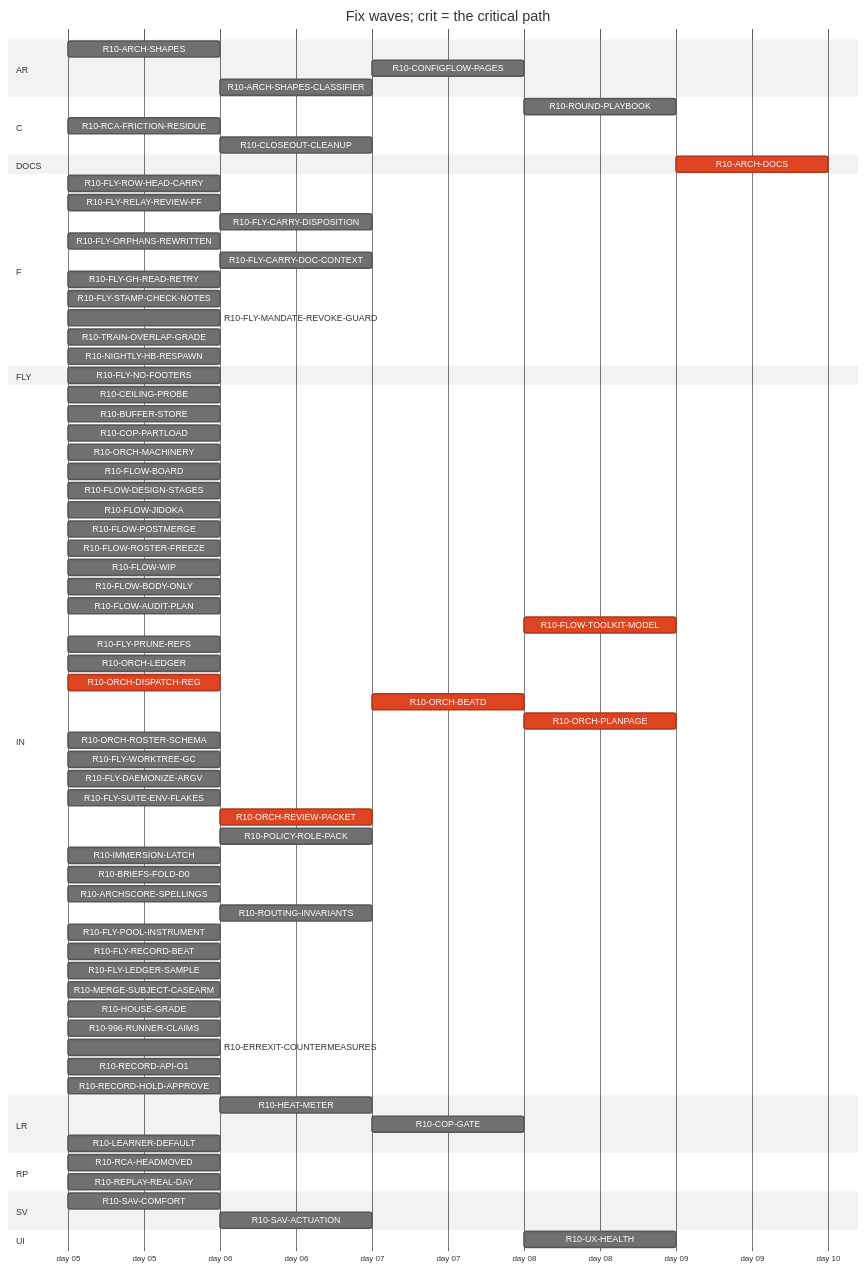
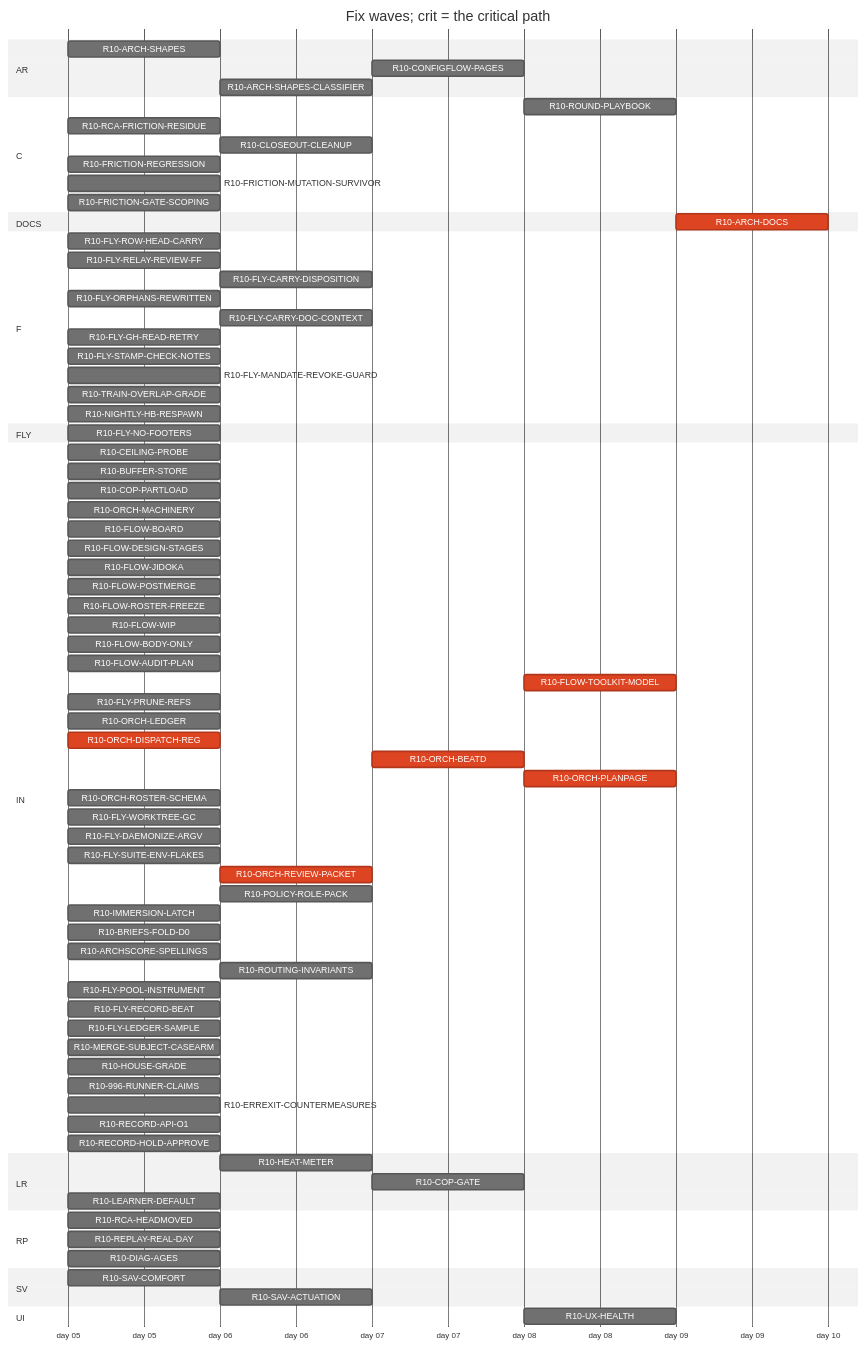
Before and after one commit to tvofi/heatpump_optimizer: the diagram in handoff/round10/state/PLAN-TABLE.md, drawn with Mermaid (neutral theme). The commit also changed other lines of this file and 2 other files, not shown here.

```diff
--- a/handoff/round10/state/PLAN-TABLE.md
+++ b/handoff/round10/state/PLAN-TABLE.md
@@ -33,6 +33,9 @@
     R10-ROUND-PLAYBOOK :r10ROUNDPLAYBOOK, after r10FLOWAUDITPLAN r10ORCHLEDGER r10ORCHDISPATCHREG r10ORCHBEATD r10ORCHPLANPAGE r10FLYRELAYREVIEWFF r10FLOWROSTERFREEZE r10FLOWBODYONLY, 1d
     R10-RCA-FRICTION-RESIDUE :r10RCAFRICTIONRESIDUE, 2026-01-05, 1d
     R10-CLOSEOUT-CLEANUP :r10CLOSEOUTCLEANUP, after r10FLYPRUNEREFS r10FLYWORKTREEGC, 1d
+    R10-FRICTION-REGRESSION :r10FRICTIONREGRESSION, 2026-01-05, 1d
+    R10-FRICTION-MUTATION-SURVIVOR :r10FRICTIONMUTATIONSURVIVOR, 2026-01-05, 1d
+    R10-FRICTION-GATE-SCOPING :r10FRICTIONGATESCOPING, 2026-01-05, 1d
   section DOCS
     R10-ARCH-DOCS :crit, r10ARCHDOCS, after r10ARCHSHAPES r10HEATMETER r10COPGATE r10UXHEALTH r10CONFIGFLOWPAGES r10RCAHEADMOVED r10SAVCOMFORT r10CEILINGPROBE r10BUFFERSTORE r10COPPARTLOAD r10LEARNERDEFAULT r10FLOWBOARD r10FLOWDESIGNSTAGES r10FLOWJIDOKA r10FLOWPOSTMERGE r10FLOWROSTERFREEZE r10FLOWWIP r10FLOWBODYONLY r10FLYROWHEADCARRY r10FLOWAUDITPLAN r10FLYRELAYREVIEWFF r10FLYCARRYDISPOSITION r10FLYORPHANSREWRITTEN r10FLYCARRYDOCCONTEXT r10FLOWTOOLKITMODEL r10FLYSTAMPCHECKNOTES r10FLYMANDATEREVOKEGUARD r10RCAFRICTIONRESIDUE r10TRAINOVERLAPGRADE r10NIGHTLYHBRESPAWN r10FLYPRUNEREFS r10ORCHLEDGER r10ORCHDISPATCHREG r10ORCHBEATD r10ORCHPLANPAGE r10ORCHROSTERSCHEMA r10FLYWORKTREEGC r10FLYDAEMONIZEARGV r10ORCHREVIEWPACKET r10POLICYROLEPACK r10IMMERSIONLATCH r10BRIEFSFOLDD0 r10REPLAYREALDAY r10ARCHSCORESPELLINGS r10SAVACTUATION r10FLYLEDGERSAMPLE, 1d
   section F
@@ -93,6 +96,7 @@
   section RP
     R10-RCA-HEADMOVED :r10RCAHEADMOVED, 2026-01-05, 1d
     R10-REPLAY-REAL-DAY :r10REPLAYREALDAY, 2026-01-05, 1d
+    R10-DIAG-AGES :r10DIAGAGES, 2026-01-05, 1d
   section SV
     R10-SAV-COMFORT :r10SAVCOMFORT, 2026-01-05, 1d
     R10-SAV-ACTUATION :r10SAVACTUATION, after r10SAVCOMFORT, 1d
```
